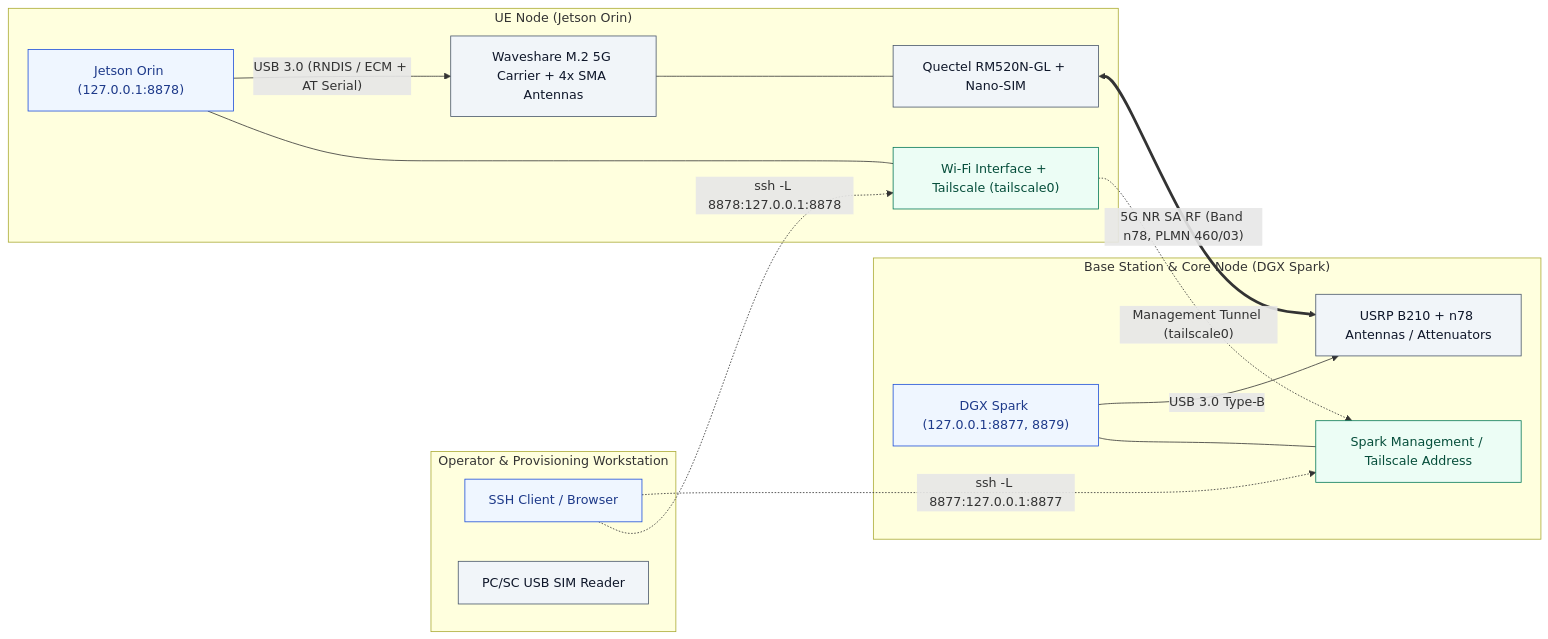
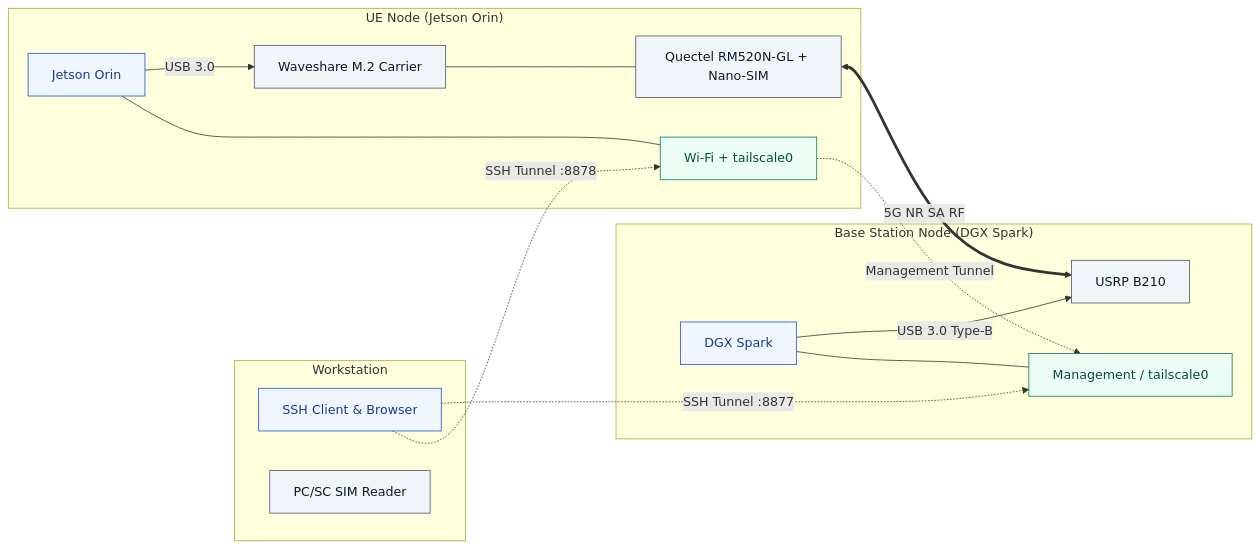
Before and after one commit to HKUOpenSource/OpenAirKit: the diagram in docs/hardware-and-topology.md, drawn with Mermaid. The commit also changed other lines of this file and 48 other files, not shown here.

````diff
--- a/docs/hardware-and-topology.md
+++ b/docs/hardware-and-topology.md
@@ -43,34 +35,34 @@
 ```mermaid
 flowchart LR
   classDef hw fill:#f1f5f9,stroke:#475569,color:#0f172a
   classDef net fill:#ecfdf5,stroke:#047857,color:#064e3b
   classDef ctrl fill:#eff6ff,stroke:#1d4ed8,color:#1e3a8a
 
-  subgraph DEV["Operator & Provisioning Workstation"]
-    OP["SSH Client / Browser"]:::ctrl
-    SCR["PC/SC USB SIM Reader"]:::hw
+  subgraph DEV["Workstation"]
+    OP["SSH Client & Browser"]:::ctrl
+    SCR["PC/SC SIM Reader"]:::hw
   end
 
   subgraph UE["UE Node (Jetson Orin)"]
-    JET["Jetson Orin (127.0.0.1:8878)"]:::ctrl
-    WIFI["Wi-Fi Interface + Tailscale (tailscale0)"]:::net
-    CAR["Waveshare M.2 5G Carrier + 4x SMA Antennas"]:::hw
+    JET["Jetson Orin"]:::ctrl
+    WIFI["Wi-Fi + tailscale0"]:::net
+    CAR["Waveshare M.2 Carrier"]:::hw
     MOD["Quectel RM520N-GL + Nano-SIM"]:::hw
     JET --- WIFI
-    JET -- "USB 3.0 (RNDIS / ECM + AT Serial)" --> CAR
+    JET -- "USB 3.0" --> CAR
     CAR --- MOD
   end
 
-  subgraph BS["Base Station & Core Node (DGX Spark)"]
-    SPK["DGX Spark (127.0.0.1:8877, 8879)"]:::ctrl
-    TS["Spark Management / Tailscale Address"]:::net
-    B210["USRP B210 + n78 Antennas / Attenuators"]:::hw
+  subgraph BS["Base Station Node (DGX Spark)"]
+    SPK["DGX Spark"]:::ctrl
+    TS["Management / tailscale0"]:::net
+    B210["USRP B210"]:::hw
     SPK --- TS
     SPK -- "USB 3.0 Type-B" --> B210
   end
 
-  MOD <== "5G NR SA RF (Band n78, PLMN 460/03)" ==> B210
-  WIFI -. "Management Tunnel (tailscale0)" .-> TS
-  OP -. "ssh -L 8878:127.0.0.1:8878" .-> WIFI
-  OP -. "ssh -L 8877:127.0.0.1:8877" .-> TS
+  MOD <== "5G NR SA RF" ==> B210
+  WIFI -. "Management Tunnel" .-> TS
+  OP -. "SSH Tunnel :8878" .-> WIFI
+  OP -. "SSH Tunnel :8877" .-> TS
 ```
````
